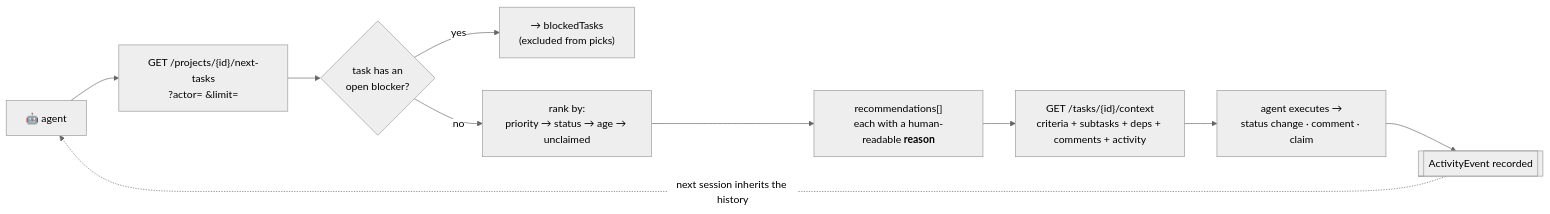
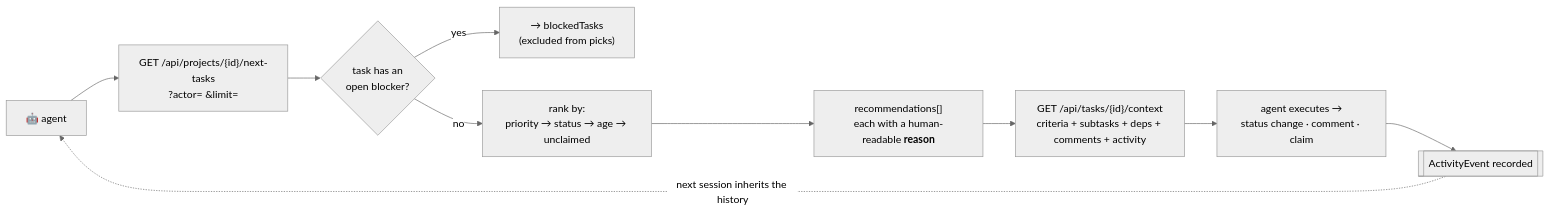
The third of 5 diagrams in README.md (joelfuller2016/KanbanFlow-v2), drawn with Mermaid (neutral theme) before and after one commit. The commit also changed other lines of this file, not shown here.

Commit message:
docs: address review-bot feedback on README PR #146
- Fix heading-level jump (### -> ## 'In one minute'; MD001).
- Add the missing /api prefix to the next-tasks and step-context paths in the workflow diagram (+ escape & as &amp;).
- Resolve the OpenAPI contradiction: R-5.1 is implemented (/openapi/v1.json), so flip its status from the stale ❌ to ✅.

````diff
--- a/README.md
+++ b/README.md
@@ -161,12 +161,12 @@
 ```mermaid
 flowchart LR
-    A["🤖 agent"] --> N["GET /projects/{id}/next-tasks<br/>?actor= &limit="]
+    A["🤖 agent"] --> N["GET /api/projects/{id}/next-tasks<br/>?actor= &amp;limit="]
     N --> CHK{"task has an<br/>open blocker?"}
     CHK -- yes --> BLK["→ blockedTasks<br/>(excluded from picks)"]
     CHK -- no --> RANK["rank by:<br/>priority → status → age → unclaimed"]
     RANK --> REC["recommendations[]<br/>each with a human-readable <b>reason</b>"]
-    REC --> SC["GET /tasks/{id}/context<br/>criteria + subtasks + deps + comments + activity"]
+    REC --> SC["GET /api/tasks/{id}/context<br/>criteria + subtasks + deps + comments + activity"]
     SC --> ACT["agent executes →<br/>status change · comment · claim"]
     ACT --> AUD[["ActivityEvent recorded"]]
     AUD -. "next session inherits the history" .-> A
 ```
````
